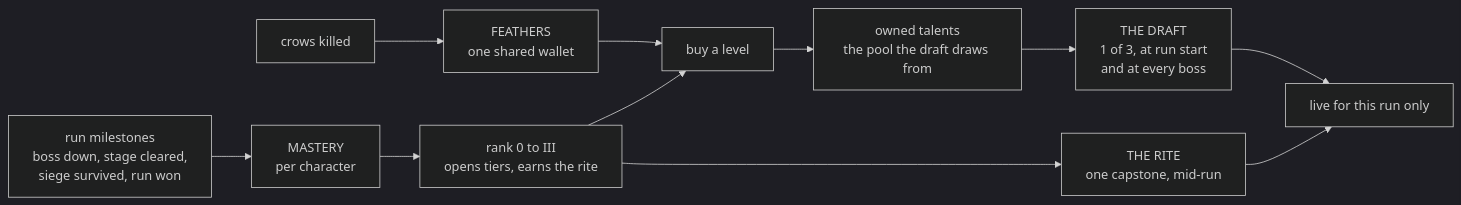
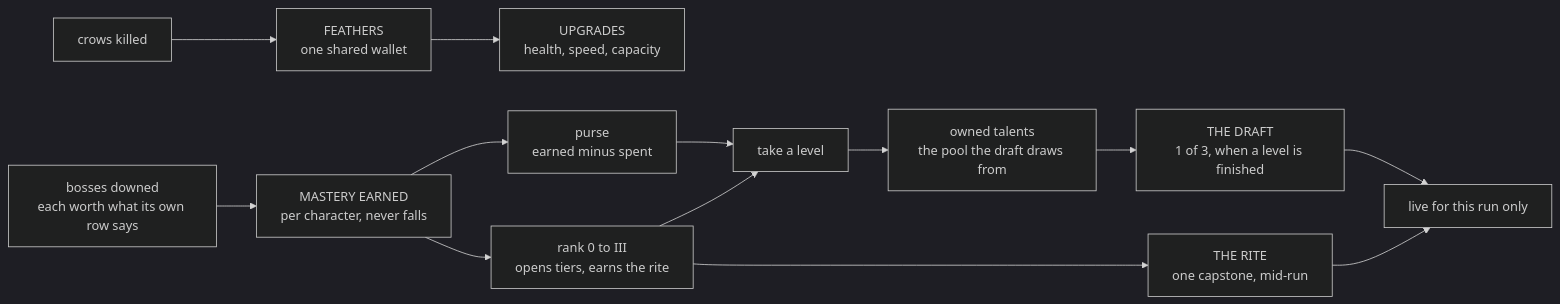
The first of 3 diagrams in docs/talents.md (MrBisonte/crow-archer), drawn with Mermaid (dark theme) before and after one commit. The commit also changed other lines of this file and 5 other files, not shown here.

First line of the commit message:
feat(talents): mastery buys talents, feathers buy upgrades

````diff
--- a/docs/talents.md
+++ b/docs/talents.md
@@ -26,13 +31,15 @@
 ```mermaid
 flowchart LR
     kills["crows killed"] --> feathers["FEATHERS\none shared wallet"]
-    miles["run milestones\nboss down, stage cleared,\nsiege survived, run won"] --> mastery["MASTERY\nper character"]
+    feathers --> upg["UPGRADES\nhealth, speed, capacity"]
+    bosses["bosses downed\neach worth what its own row says"] --> mastery["MASTERY EARNED\nper character, never falls"]
     mastery --> rank["rank 0 to III\nopens tiers, earns the rite"]
-    feathers --> buy["buy a level"]
+    mastery --> purse["purse\nearned minus spent"]
+    purse --> buy["take a level"]
     rank --> buy
     buy --> owned["owned talents\nthe pool the draft draws from"]
-    owned --> draft["THE DRAFT\n1 of 3, at run start\nand at every boss"]
+    owned --> draft["THE DRAFT\n1 of 3, when a level is finished"]
     rank --> riteScr["THE RITE\none capstone, mid-run"]
     draft --> live["live for this run only"]
     riteScr --> live
 ```
````
